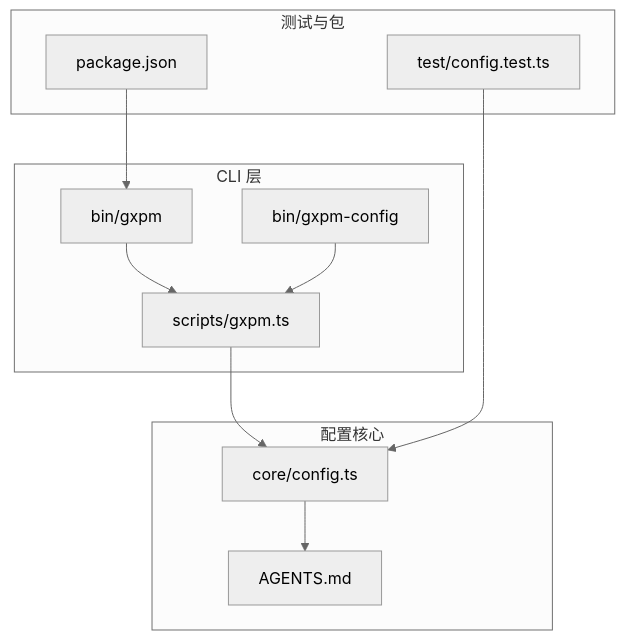
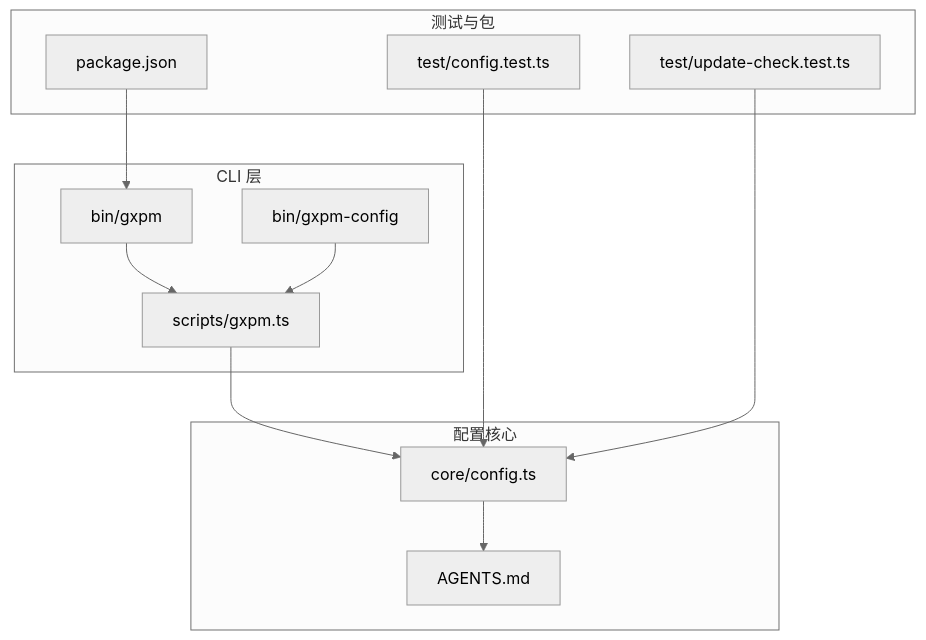
One commit to laozhong86/gxpm changed the first of 6 diagrams in .qoder/repowiki/zh/content/核心概念/配置系统.md. Above: the diagram before and after it, drawn with Mermaid (neutral theme). The commit also changed other lines of this file and 8 other files, not shown here.

````diff
--- a/.qoder/repowiki/zh/content/核心概念/配置系统.md
+++ b/.qoder/repowiki/zh/content/核心概念/配置系统.md
@@ -43,22 +46,24 @@
 ```mermaid
 graph TB
 subgraph "CLI 层"
 BIN_GXPM["bin/gxpm"]
 BIN_CONFIG["bin/gxpm-config"]
 SCRIPTS_GXPM["scripts/gxpm.ts"]
 end
 subgraph "配置核心"
 CORE_CONFIG["core/config.ts"]
 AGENTS_MD["AGENTS.md"]
 end
 subgraph "测试与包"
 TEST_CFG["test/config.test.ts"]
+TEST_UPDATE["test/update-check.test.ts"]
 PKG["package.json"]
 end
 BIN_GXPM --> SCRIPTS_GXPM
 BIN_CONFIG --> SCRIPTS_GXPM
 SCRIPTS_GXPM --> CORE_CONFIG
 CORE_CONFIG --> AGENTS_MD
 TEST_CFG --> CORE_CONFIG
+TEST_UPDATE --> CORE_CONFIG
 PKG --> BIN_GXPM
 ```
````
